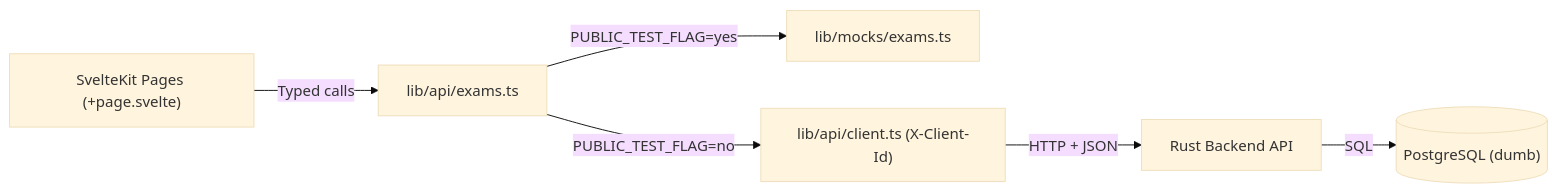
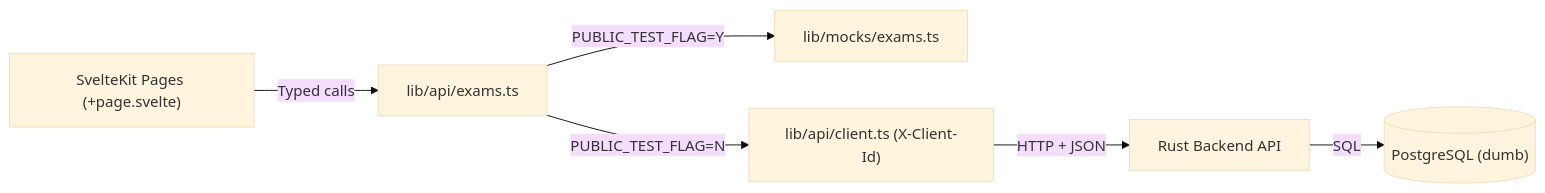
Before and after one commit to ryu-1905/dump: the diagram in docs/frontend-architecture.md, drawn with Mermaid (base theme). The commit also changed other lines of this file and 357 other files, not shown here.

````diff
--- a/docs/frontend-architecture.md
+++ b/docs/frontend-architecture.md
@@ -62,8 +62,8 @@
 ```mermaid
 flowchart LR
     UI["SvelteKit Pages (+page.svelte)"] -->|"Typed calls"| API["lib/api/exams.ts"]
-    API -->|"PUBLIC_TEST_FLAG=yes"| Mock["lib/mocks/exams.ts"]
-    API -->|"PUBLIC_TEST_FLAG=no"| Client["lib/api/client.ts (X-Client-Id)"]
+    API -->|"PUBLIC_TEST_FLAG=Y"| Mock["lib/mocks/exams.ts"]
+    API -->|"PUBLIC_TEST_FLAG=N"| Client["lib/api/client.ts (X-Client-Id)"]
     Client -->|"HTTP + JSON"| Rust["Rust Backend API"]
     Rust -->|"SQL"| PG[("PostgreSQL (dumb)")]
 ```
````
